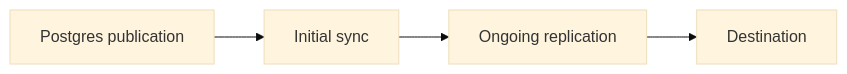
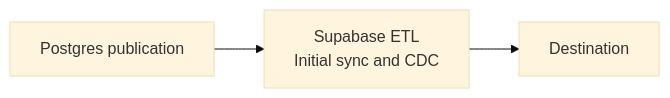
The diagram in data/readmes/supabase__etl.md (zqf20096327/dbhub_collect), drawn with Mermaid (base theme) before and after one commit. The commit also changed other lines of this file and 900 other files, not shown here.

````diff
--- a/data/readmes/supabase__etl.md
+++ b/data/readmes/supabase__etl.md
@@ -56,6 +66,5 @@
 ```mermaid
 flowchart LR
-    Postgres["Postgres publication"] --> Sync["Initial sync"]
-    Sync --> Replication["Ongoing replication"]
-    Replication --> Destination["Destination"]
+    Source["Postgres publication"] --> ETL["Supabase ETL<br/>Initial sync and CDC"]
+    ETL --> Destination["Destination"]
 ```
````
